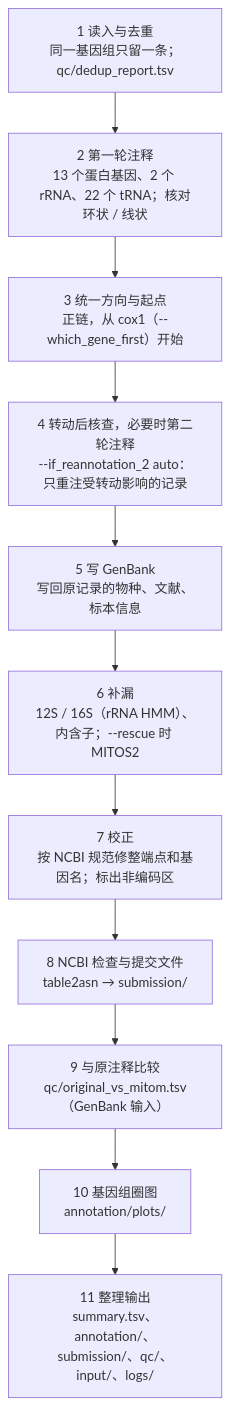
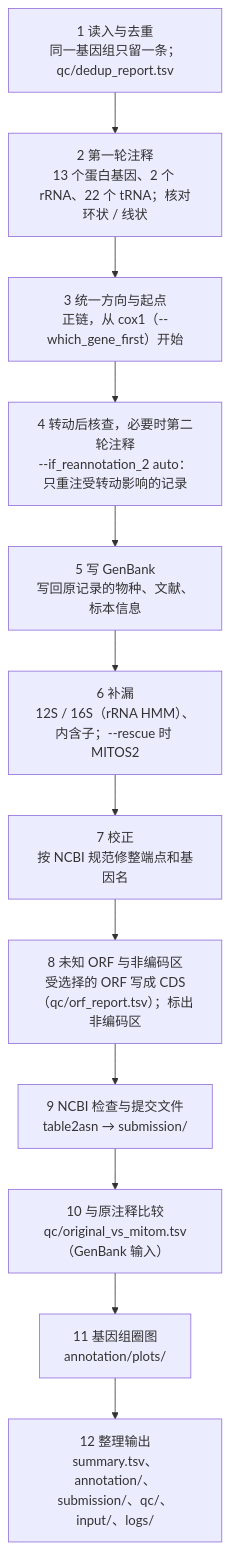
Before and after one commit to deyuanyang92-dev/Mitom: the diagram in docs/flowcharts/mitom_workflow.zh.mmd, drawn with Mermaid. The commit also changed 27 other files, not shown here.

```diff
--- a/docs/flowcharts/mitom_workflow.zh.mmd
+++ b/docs/flowcharts/mitom_workflow.zh.mmd
@@ -1,14 +1,15 @@
 flowchart TD
     A["1 读入与去重<br/>同一基因组只留一条；qc/dedup_report.tsv"]
     B["2 第一轮注释<br/>13 个蛋白基因、2 个 rRNA、22 个 tRNA；核对环状 / 线状"]
     C["3 统一方向与起点<br/>正链，从 cox1（--which_gene_first）开始"]
     D["4 转动后核查，必要时第二轮注释<br/>--if_reannotation_2 auto：只重注受转动影响的记录"]
     E["5 写 GenBank<br/>写回原记录的物种、文献、标本信息"]
     F["6 补漏<br/>12S / 16S（rRNA HMM）、内含子；--rescue 时 MITOS2"]
-    G["7 校正<br/>按 NCBI 规范修整端点和基因名；标出非编码区"]
-    H["8 NCBI 检查与提交文件<br/>table2asn → submission/"]
-    I["9 与原注释比较<br/>qc/original_vs_mitom.tsv（GenBank 输入）"]
-    J["10 基因组圈图<br/>annotation/plots/"]
-    K["11 整理输出<br/>summary.tsv、annotation/、submission/、qc/、input/、logs/"]
+    G["7 校正<br/>按 NCBI 规范修整端点和基因名"]
+    H["8 未知 ORF 与非编码区<br/>受选择的 ORF 写成 CDS（qc/orf_report.tsv）；标出非编码区"]
+    I["9 NCBI 检查与提交文件<br/>table2asn → submission/"]
+    J["10 与原注释比较<br/>qc/original_vs_mitom.tsv（GenBank 输入）"]
+    K["11 基因组圈图<br/>annotation/plots/"]
+    L["12 整理输出<br/>summary.tsv、annotation/、submission/、qc/、input/、logs/"]
 
-    A --> B --> C --> D --> E --> F --> G --> H --> I --> J --> K
+    A --> B --> C --> D --> E --> F --> G --> H --> I --> J --> K --> L
```
